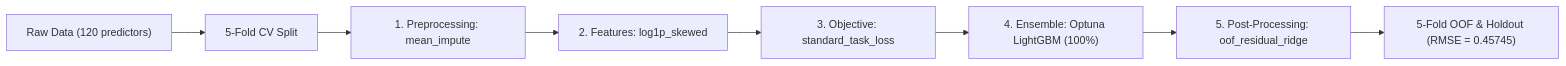
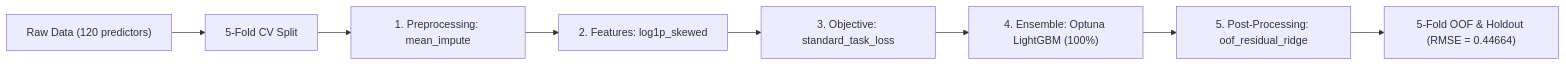
Before and after one commit to stefanoclss/UM-Game-Playing-Strength-of-MCTS-Variants: the diagram in README.md, drawn with Mermaid. The commit also changed other lines of this file, not shown here.

First line of the commit message:
docs(readme): refresh verified OOF benchmark & build ledger (RMSE=0.44664)

````diff
--- a/README.md
+++ b/README.md
@@ -71,10 +72,10 @@
 ```mermaid
 flowchart LR
     DATA["Raw Data (120 predictors)"] --> SPLIT["5-Fold CV Split"]
     SPLIT --> PRE["1. Preprocessing: mean_impute"]
     PRE --> FEAT["2. Features: log1p_skewed"]
     FEAT --> OBJ["3. Objective: standard_task_loss"]
     OBJ --> M0["4. Ensemble: Optuna LightGBM (100%)"]
     M0 --> POST["5. Post-Processing: oof_residual_ridge"]
-    POST --> OUT["5-Fold OOF & Holdout (RMSE = 0.45745)"]
+    POST --> OUT["5-Fold OOF & Holdout (RMSE = 0.44664)"]
 ```
````
